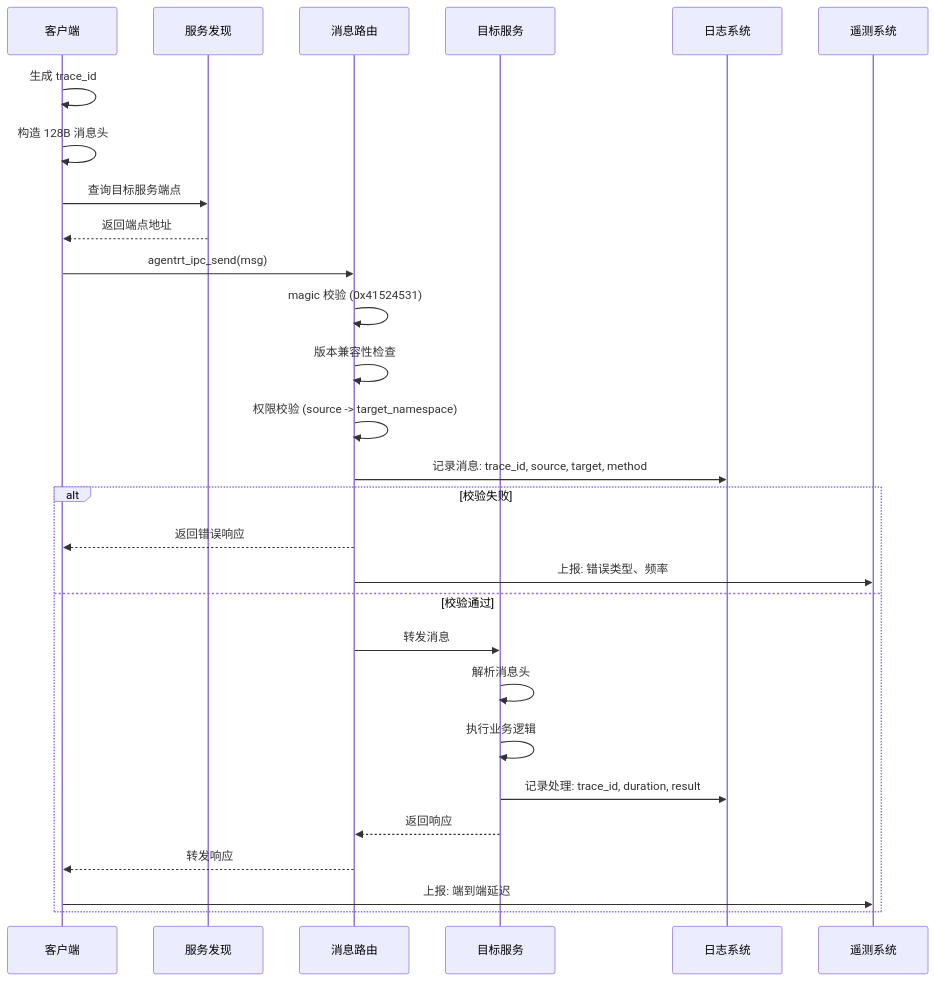
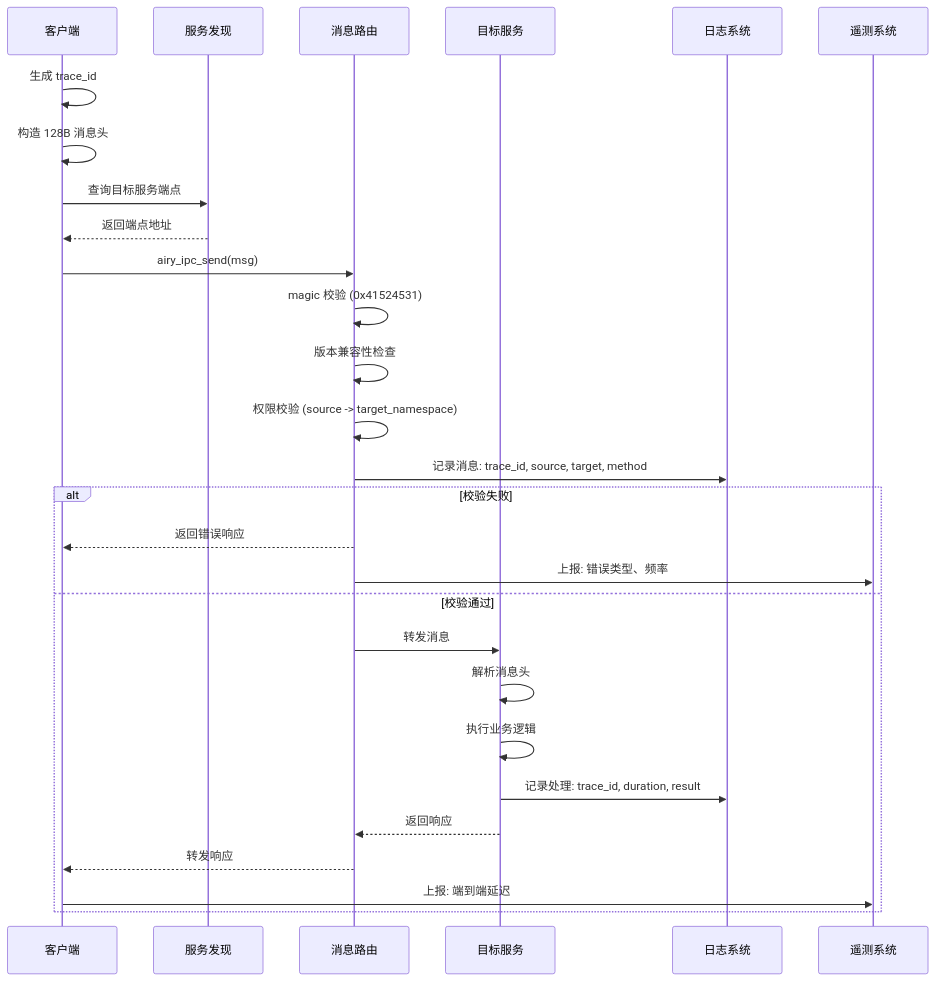
One commit to openairymax/docs-linux changed the second of 2 diagrams in 50-engineering-standards/30-runtime-interfaces/L2_service_protocol.md. Above: the diagram before and after it, drawn with Mermaid. The commit also changed other lines of this file and 132 other files, not shown here.

Commit message:
chore: 完成全项目命名空间从agentrt到airy的统一替换 本次提交完成了代码库中所有`agentrt_`相关命名空间、宏定义、标识符的统一替换，改为`airy_`前缀，同时完成了部分文档的排版优化与路径修正： 1. 替换了所有API函数、结构体、宏定义的命名前缀 2. 更新了文档中的示例代码与引用路径

````diff
--- a/50-engineering-standards/30-runtime-interfaces/L2_service_protocol.md
+++ b/50-engineering-standards/30-runtime-interfaces/L2_service_protocol.md
@@ -469,33 +471,33 @@
 ```mermaid
 sequenceDiagram
     participant Client as 客户端
     participant SD as 服务发现
     participant Router as 消息路由
     participant Target as 目标服务
     participant Log as 日志系统
     participant Telemetry as 遥测系统
 
     Client->>Client: 生成 trace_id
     Client->>Client: 构造 128B 消息头
     Client->>SD: 查询目标服务端点
     SD-->>Client: 返回端点地址
 
-    Client->>Router: agentrt_ipc_send(msg)
+    Client->>Router: airy_ipc_send(msg)
     Router->>Router: magic 校验 (0x41524531)
     Router->>Router: 版本兼容性检查
     Router->>Router: 权限校验 (source -> target_namespace)
     Router->>Log: 记录消息: trace_id, source, target, method
 
     alt 校验失败
         Router-->>Client: 返回错误响应
         Router->>Telemetry: 上报: 错误类型、频率
     else 校验通过
         Router->>Target: 转发消息
         Target->>Target: 解析消息头
         Target->>Target: 执行业务逻辑
         Target->>Log: 记录处理: trace_id, duration, result
         Target-->>Router: 返回响应
         Router-->>Client: 转发响应
         Client->>Telemetry: 上报: 端到端延迟
     end
 ```
````
